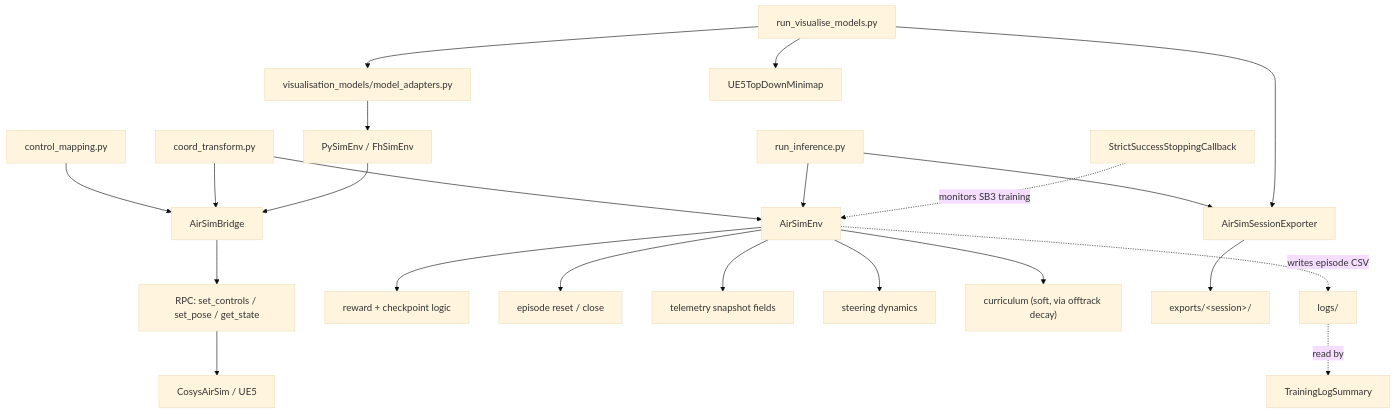
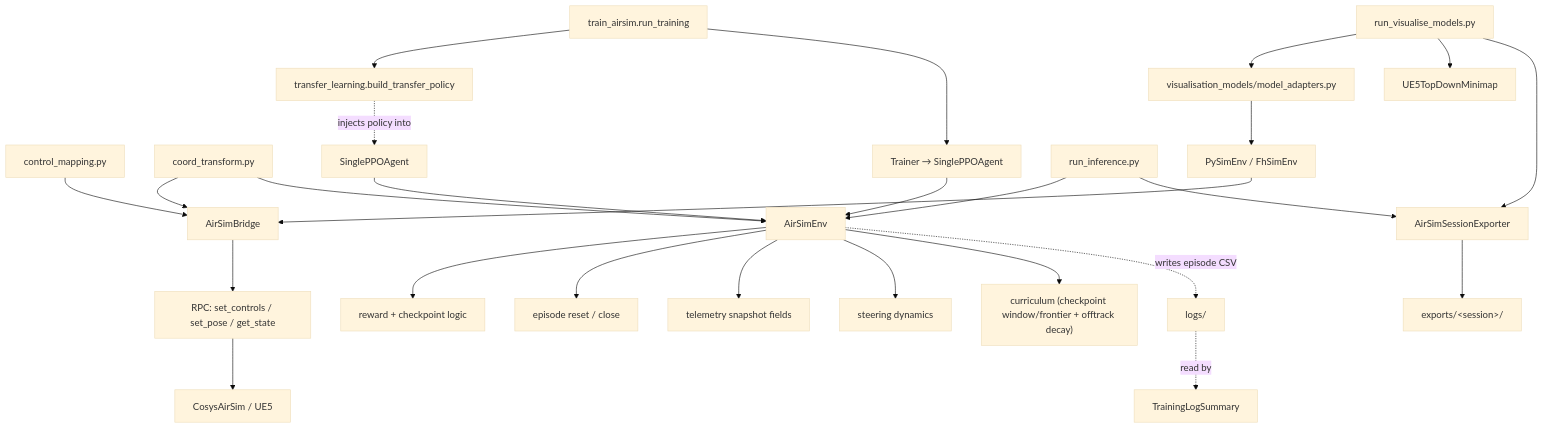
One commit to UAntwerpM4S/RudoLF changed the second of 2 diagrams in src/airsim/README.md. Above: the diagram before and after it, drawn with Mermaid (base theme). The commit also changed other lines of this file and 12 other files, not shown here.

Commit message:
sprint 10-12 first final version: add transfer learning, stability tests, cosysairsim package, and config/doc overhaul

````diff
--- a/src/airsim/README.md
+++ b/src/airsim/README.md
@@ -68,29 +68,34 @@
 ```mermaid
 flowchart TD
     A["AirSimBridge"] --> B["RPC: set_controls / set_pose / get_state"]
     B --> C["CosysAirSim / UE5"]
 
     D["control_mapping.py"] --> A
     E["coord_transform.py"] --> A
     E --> F["AirSimEnv"]
 
     F --> G["reward + checkpoint logic"]
     F --> H["episode reset / close"]
     F --> I["telemetry snapshot fields"]
     F --> J["steering dynamics"]
-    F --> K["curriculum (soft, via offtrack decay)"]
+    F --> K["curriculum (checkpoint window/frontier + offtrack decay)"]
+
+    TA["train_airsim.run_training"] --> TL["transfer_learning.build_transfer_policy"]
+    TL -.->|injects policy into| SA["SinglePPOAgent"]
+    TA --> TR["Trainer → SinglePPOAgent"]
+    SA --> F
+    TR --> F
 
     L["run_inference.py"] --> F
     M["run_visualise_models.py"] --> N["visualisation_models/model_adapters.py"]
     N --> O["PySimEnv / FhSimEnv"]
     O --> A
 
     M --> P["UE5TopDownMinimap"]
     L --> Q["AirSimSessionExporter"]
     M --> Q
     Q --> R["exports/&lt;session&gt;/"]
 
     F -.->|writes episode CSV| T["logs/"]
-    S["StrictSuccessStoppingCallback"] -.->|monitors SB3 training| F
     T -.->|read by| U["TrainingLogSummary"]
 ```
````
